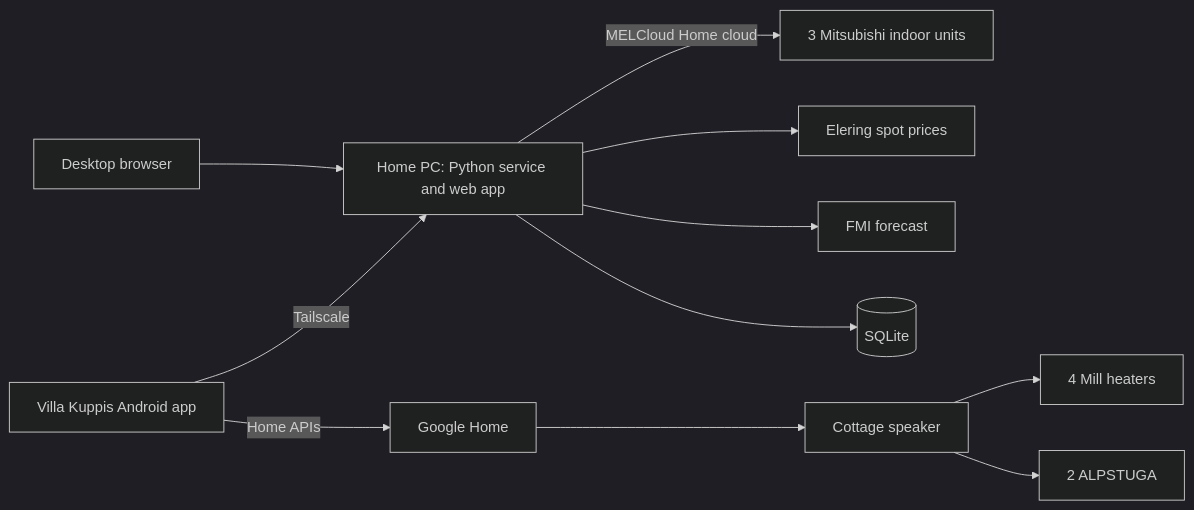
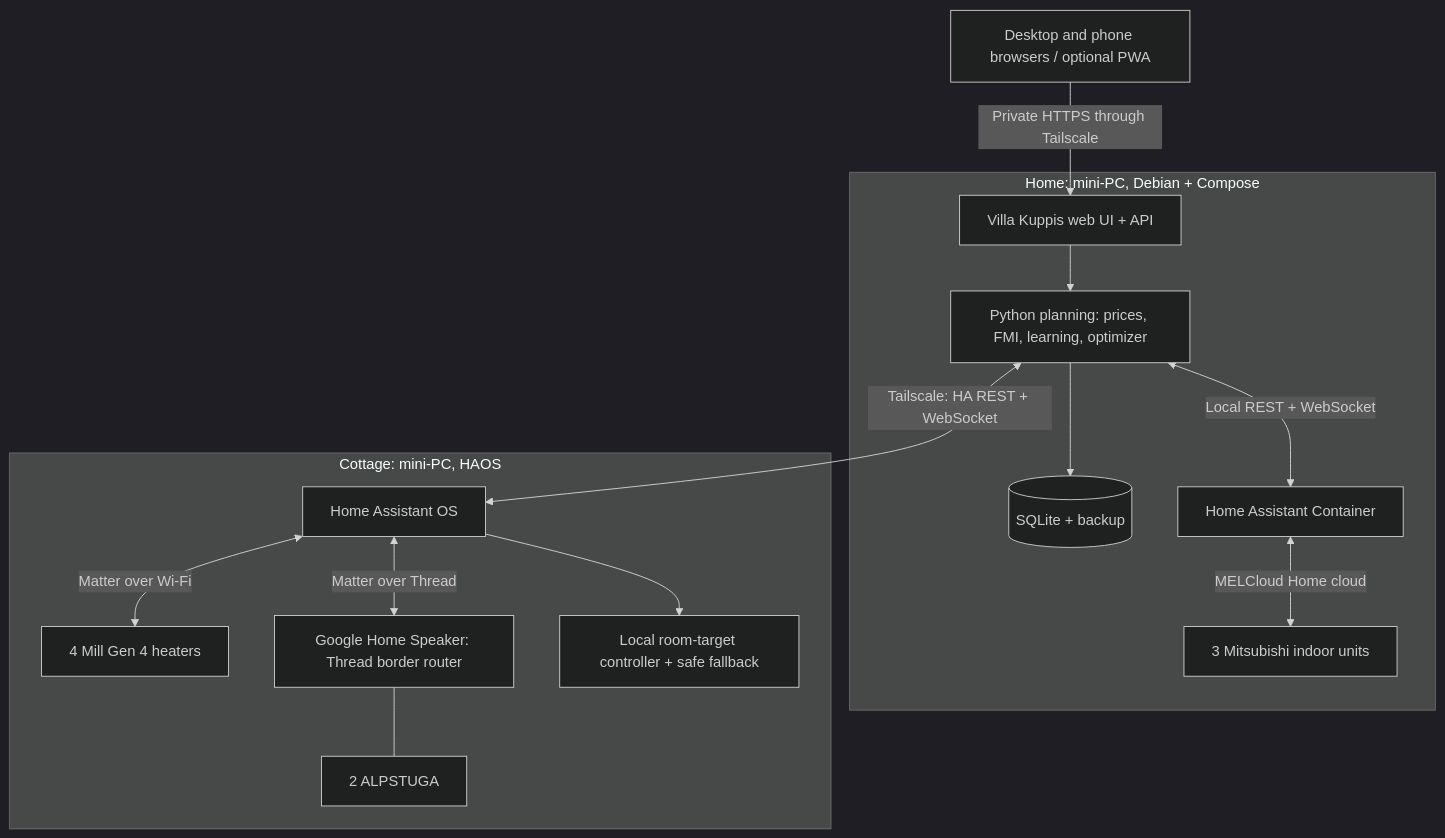
The diagram in docs/architecture.md (Vkuparin/villa-kuppis), drawn with Mermaid (dark theme) before and after one commit. The commit also changed other lines of this file and 18 other files, not shown here.

First line of the commit message:
Move the design to two-site Home Assistant (H1.1)

````diff
--- a/docs/architecture.md
+++ b/docs/architecture.md
@@ -17,13 +21,20 @@
 ```mermaid
-flowchart LR
-  Desktop[Desktop browser] --> PC[Home PC: Python service and web app]
-  Phone[Villa Kuppis Android app] -->|Tailscale| PC
-  PC -->|MELCloud Home cloud| Pumps[3 Mitsubishi indoor units]
-  PC --> Prices[Elering spot prices]
-  PC --> Weather[FMI forecast]
-  PC --> DB[(SQLite)]
-  Phone -->|Home APIs| Google[Google Home]
-  Google --> Hub[Cottage speaker]
-  Hub --> Mill[4 Mill heaters]
-  Hub --> Sensors[2 ALPSTUGA]
+flowchart TB
+  Clients[Desktop and phone browsers / optional PWA]
+  Clients -->|Private HTTPS through Tailscale| VK[Villa Kuppis web UI + API]
+
+  subgraph Home[Home: mini-PC, Debian + Compose]
+    VK --> Core[Python planning: prices, FMI, learning, optimizer]
+    Core --> DB[(SQLite + backup)]
+    Core <-->|Local REST + WebSocket| HAH[Home Assistant Container]
+    HAH <-->|MELCloud Home cloud| Pumps[3 Mitsubishi indoor units]
+  end
+
+  Core <-->|Tailscale: HA REST + WebSocket| HAC[Home Assistant OS]
+  subgraph Cottage[Cottage: mini-PC, HAOS]
+    HAC <-->|Matter over Wi-Fi| Mill[4 Mill Gen 4 heaters]
+    HAC <-->|Matter over Thread| Speaker[Google Home Speaker: Thread border router]
+    Speaker --- Sensors[2 ALPSTUGA]
+    HAC --> Local[Local room-target controller + safe fallback]
+  end
 ```
````
